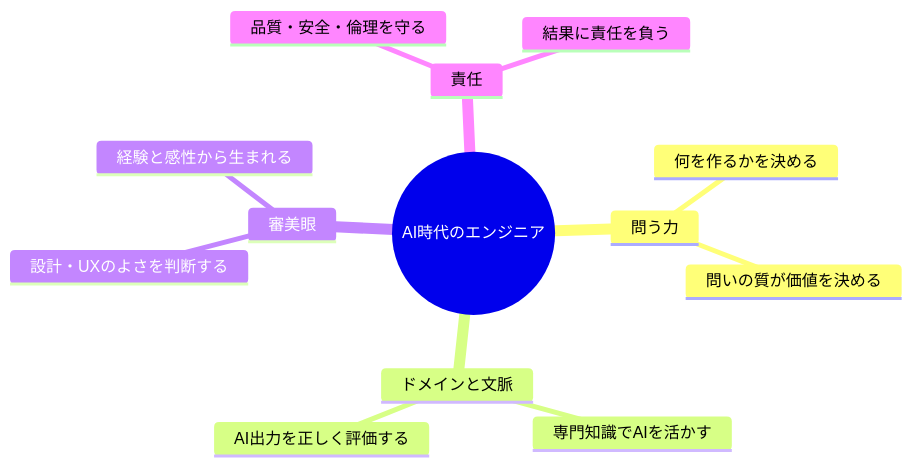
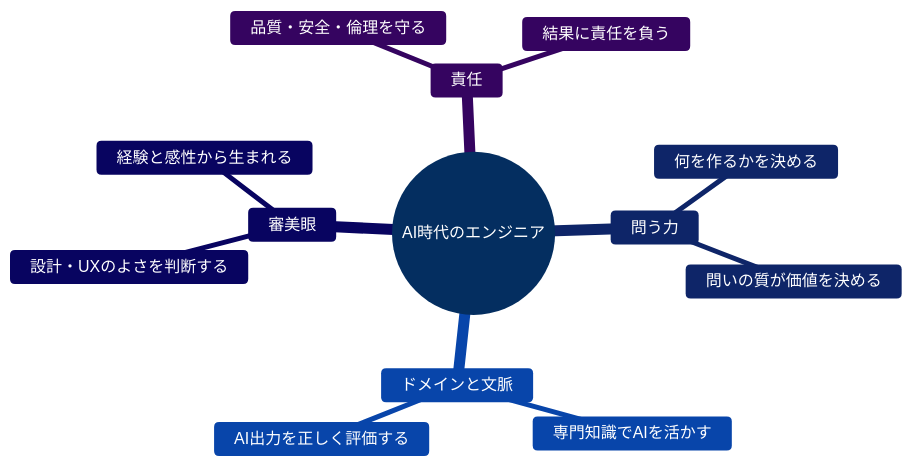
One commit to na0p0n/nao-log changed the second of 3 diagrams in src/content/posts/ai-era-engineer-principles.md. Above: the diagram before and after it, drawn with Mermaid. The commit also changed other lines of this file and 1 other file, not shown here.

Commit message:
fix: per-diagram Mermaid themes, dark text on light nodes

````diff
--- a/src/content/posts/ai-era-engineer-principles.md
+++ b/src/content/posts/ai-era-engineer-principles.md
@@ -54,16 +54,17 @@
 ```mermaid
+%%{init: {'theme': 'base', 'themeVariables': {'primaryColor': '#0969da', 'primaryTextColor': '#ffffff', 'primaryBorderColor': '#1e40af', 'lineColor': '#6b7280', 'secondaryColor': '#1d4ed8', 'tertiaryColor': '#3b82f6'}}}%%
 mindmap
   root((AI時代のエンジニア))
     問う力
       何を作るかを決める
       問いの質が価値を決める
     ドメインと文脈
       専門知識でAIを活かす
       AI出力を正しく評価する
     審美眼
       設計・UXのよさを判断する
       経験と感性から生まれる
     責任
       品質・安全・倫理を守る
       結果に責任を負う
 ```
````
